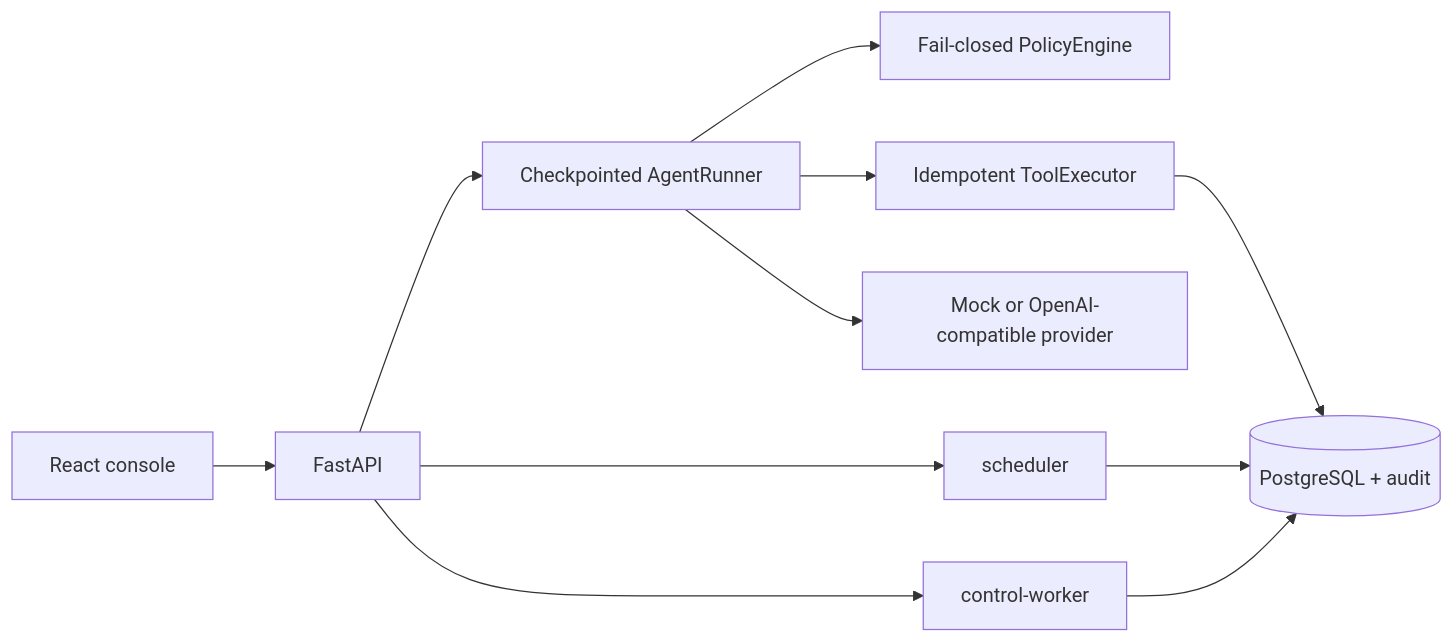
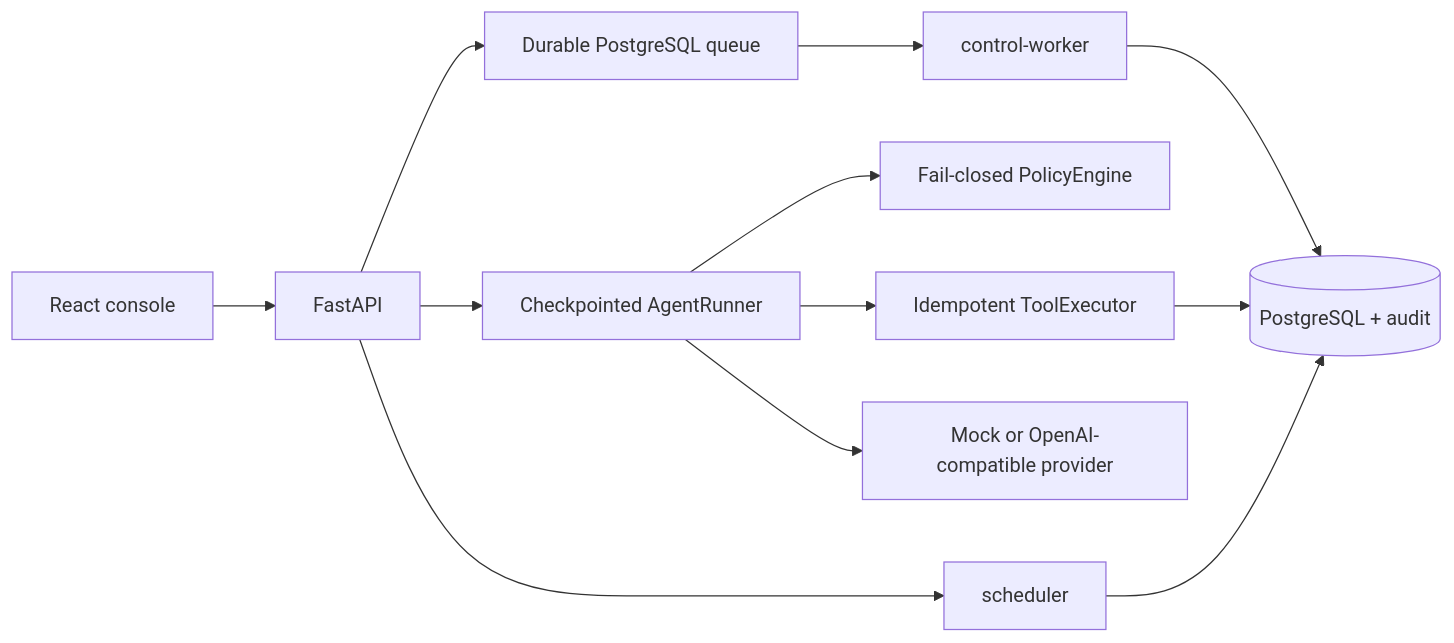
Before and after one commit to Caser-86/agentgate-control-plane: the diagram in README.md, drawn with Mermaid. The commit also changed other lines of this file and 11 other files, not shown here.

````diff
--- a/README.md
+++ b/README.md
@@ -21,13 +21,14 @@
 ```mermaid
 flowchart LR
     Browser[React console] --> API[FastAPI]
+    API --> Queue[Durable PostgreSQL queue]
+    Queue --> ControlWorker[control-worker]
     API --> Runner[Checkpointed AgentRunner]
     Runner --> Policy[Fail-closed PolicyEngine]
     Runner --> Executor[Idempotent ToolExecutor]
     Executor --> DB[(PostgreSQL + audit)]
     API --> Scheduler[scheduler]
-    API --> ControlWorker[control-worker]
     Scheduler --> DB
     ControlWorker --> DB
     Runner --> LLM[Mock or OpenAI-compatible provider]
 ```
````
